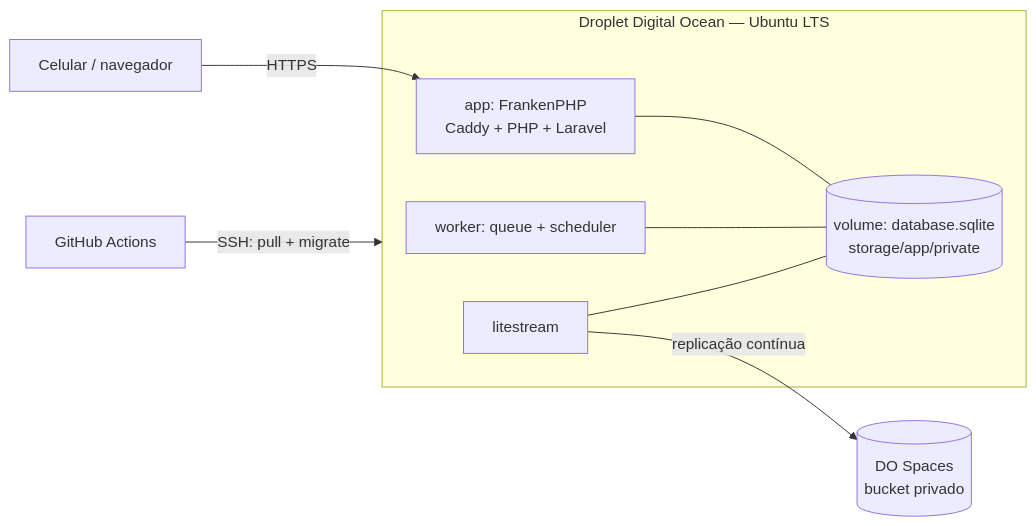
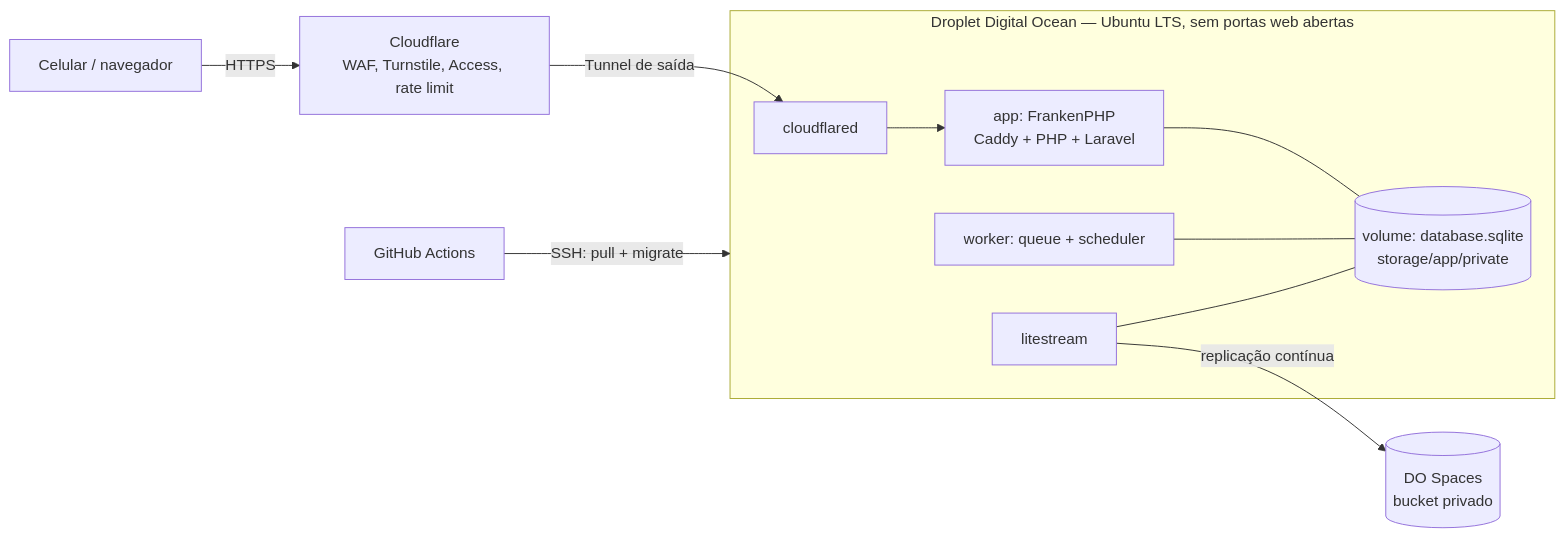
One commit to felipealvesprestes/controle changed the diagram in docs/operacao/deploy.md. Above: the diagram before and after it, drawn with Mermaid. The commit also changed other lines of this file and 14 other files, not shown here.

````diff
--- a/docs/operacao/deploy.md
+++ b/docs/operacao/deploy.md
@@ -7,15 +7,17 @@
 ```mermaid
 flowchart LR
-    U[Celular / navegador] -->|HTTPS| C
-    subgraph D[Droplet Digital Ocean — Ubuntu LTS]
+    U[Celular / navegador] -->|HTTPS| CF[Cloudflare<br/>WAF, Turnstile, Access, rate limit]
+    CF -->|Tunnel de saída| T
+    subgraph D[Droplet Digital Ocean — Ubuntu LTS, sem portas web abertas]
+        T[cloudflared] --> C
         C[app: FrankenPHP<br/>Caddy + PHP + Laravel]
         W[worker: queue + scheduler]
         L[litestream]
         V[(volume: database.sqlite<br/>storage/app/private)]
         C --- V
         W --- V
         L --- V
     end
     L -->|replicação contínua| S[(DO Spaces<br/>bucket privado)]
     G[GitHub Actions] -->|SSH: pull + migrate| D
 ```
````
